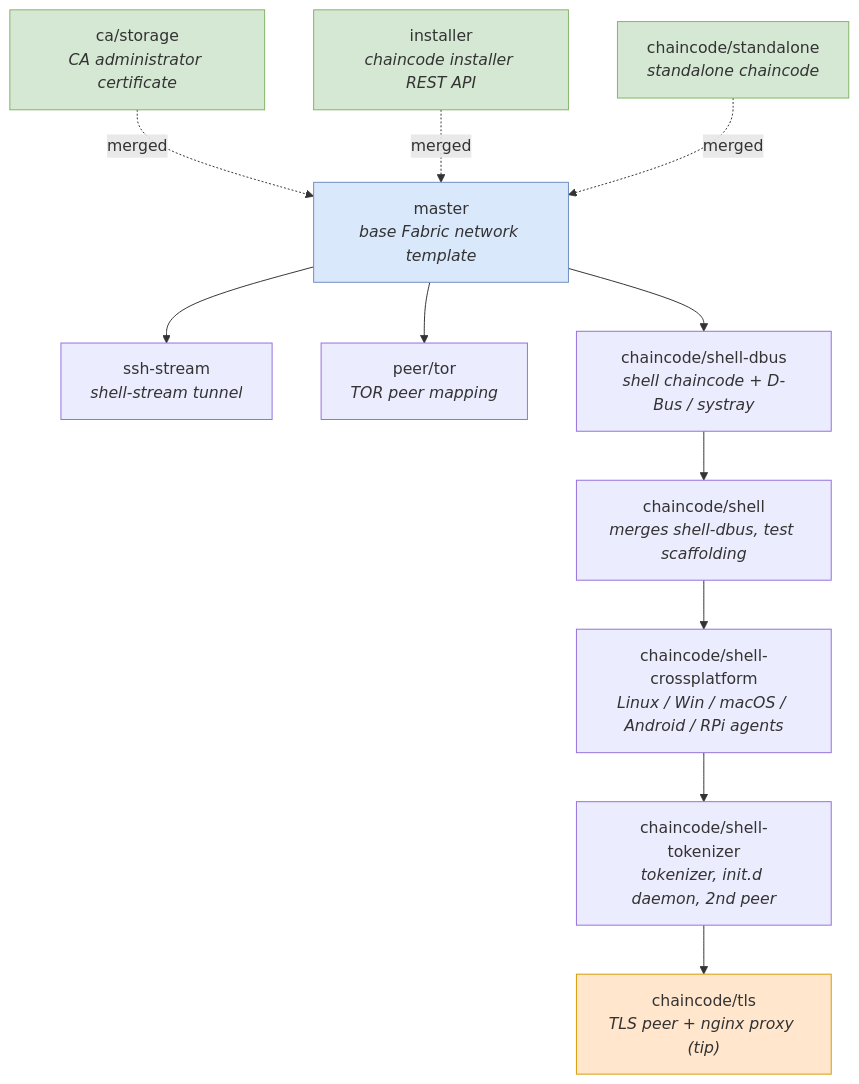
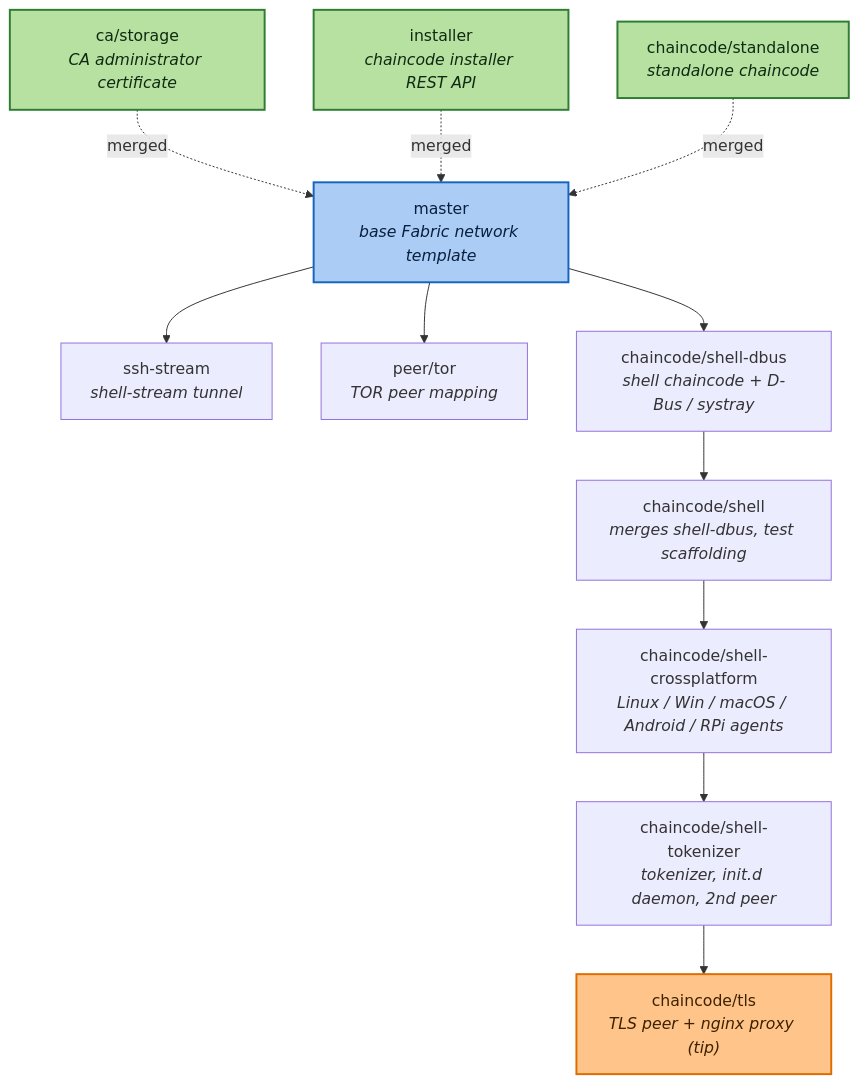
Before and after one commit to andrewmikhailov/hyperledger-fabric-workspace: the diagram in documentation/branches.md, drawn with Mermaid.

Commit message:
1. Improved Mermaid node contrast in branches.md for readable labels.

````diff
--- a/documentation/branches.md
+++ b/documentation/branches.md
@@ -9,29 +9,29 @@
 ```mermaid
 flowchart TD
     master["master<br/><i>base Fabric network template</i>"]
 
     %% Merged back into master
     ca["ca/storage<br/><i>CA administrator certificate</i>"]
     installer["installer<br/><i>chaincode installer REST API</i>"]
     ca -. merged .-> master
     installer -. merged .-> master
 
     %% Side explorations off master
     standalone["chaincode/standalone<br/><i>standalone chaincode</i>"] -. merged .-> master
     master --> ssh["ssh-stream<br/><i>shell-stream tunnel</i>"]
     master --> tor["peer/tor<br/><i>TOR peer mapping</i>"]
 
     %% Shell agent mainline
     master --> dbus["chaincode/shell-dbus<br/><i>shell chaincode + D-Bus / systray</i>"]
     dbus --> shell["chaincode/shell<br/><i>merges shell-dbus, test scaffolding</i>"]
     shell --> cross["chaincode/shell-crossplatform<br/><i>Linux / Win / macOS / Android / RPi agents</i>"]
     cross --> tok["chaincode/shell-tokenizer<br/><i>tokenizer, init.d daemon, 2nd peer</i>"]
     tok --> tls["chaincode/tls<br/><i>TLS peer + nginx proxy (tip)</i>"]
 
-    classDef merged fill:#d5e8d4,stroke:#82b366;
-    classDef base fill:#dae8fc,stroke:#6c8ebf;
-    classDef tip fill:#ffe6cc,stroke:#d79b00;
+    classDef merged fill:#b7e1a1,stroke:#2e7d32,stroke-width:2px,color:#102a12;
+    classDef base fill:#aaccf5,stroke:#1565c0,stroke-width:2px,color:#0a1f3d;
+    classDef tip fill:#ffc48a,stroke:#e06c00,stroke-width:2px,color:#3d2200;
     class ca,installer,standalone merged;
     class master base;
     class tls tip;
 ```
````
